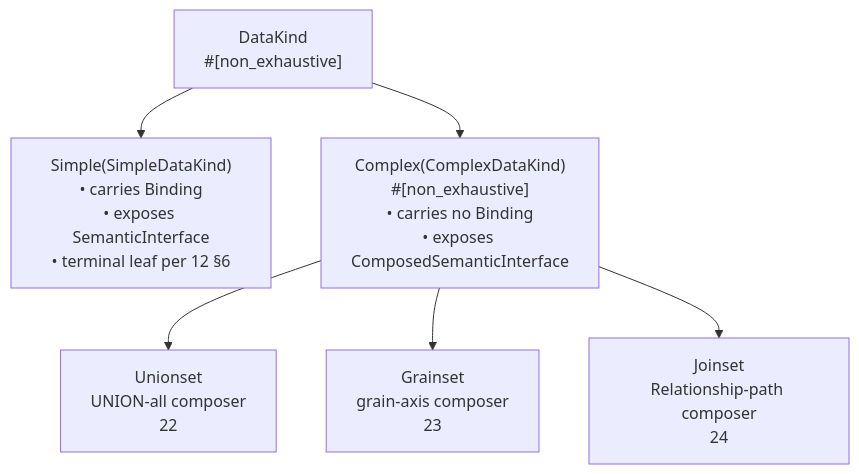
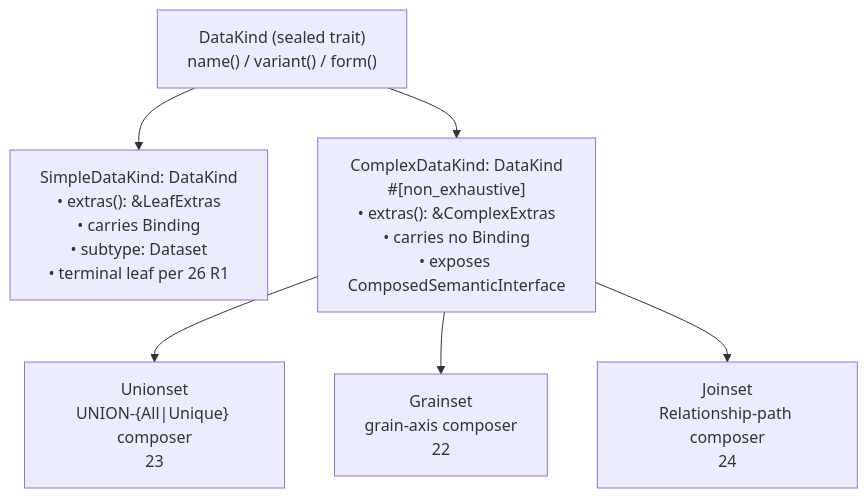
Before and after one commit to ahmetdal-funnel/semstrait: the diagram in docs/design/data-kinds/20_taxonomy.md, drawn with Mermaid. The commit also changed other lines of this file and 11 other files, not shown here.

````diff
--- a/docs/design/data-kinds/20_taxonomy.md
+++ b/docs/design/data-kinds/20_taxonomy.md
@@ -145,16 +72,16 @@
 ```mermaid
 flowchart TD
-    DK["DataKind<br/>#[non_exhaustive]"]
-    S["Simple(SimpleDataKind)<br/>• carries Binding<br/>• exposes SemanticInterface<br/>• terminal leaf per 12 §6"]
-    C["Complex(ComplexDataKind)<br/>#[non_exhaustive]<br/>• carries no Binding<br/>• exposes ComposedSemanticInterface"]
+    DK["DataKind (sealed trait)<br/>name() / variant() / form()"]
+    S["SimpleDataKind: DataKind<br/>• extras(): &LeafExtras<br/>• carries Binding<br/>• subtype: Dataset<br/>• terminal leaf per 26 R1"]
+    C["ComplexDataKind: DataKind<br/>#[non_exhaustive]<br/>• extras(): &ComplexExtras<br/>• carries no Binding<br/>• exposes ComposedSemanticInterface"]
 
-    U["Unionset<br/>UNION-all composer<br/>22"]
-    G["Grainset<br/>grain-axis composer<br/>23"]
+    U["Unionset<br/>UNION-{All|Unique} composer<br/>23"]
+    G["Grainset<br/>grain-axis composer<br/>22"]
     J["Joinset<br/>Relationship-path composer<br/>24"]
 
     DK --> S
     DK --> C
     C --> U
     C --> G
     C --> J
 ```
````
